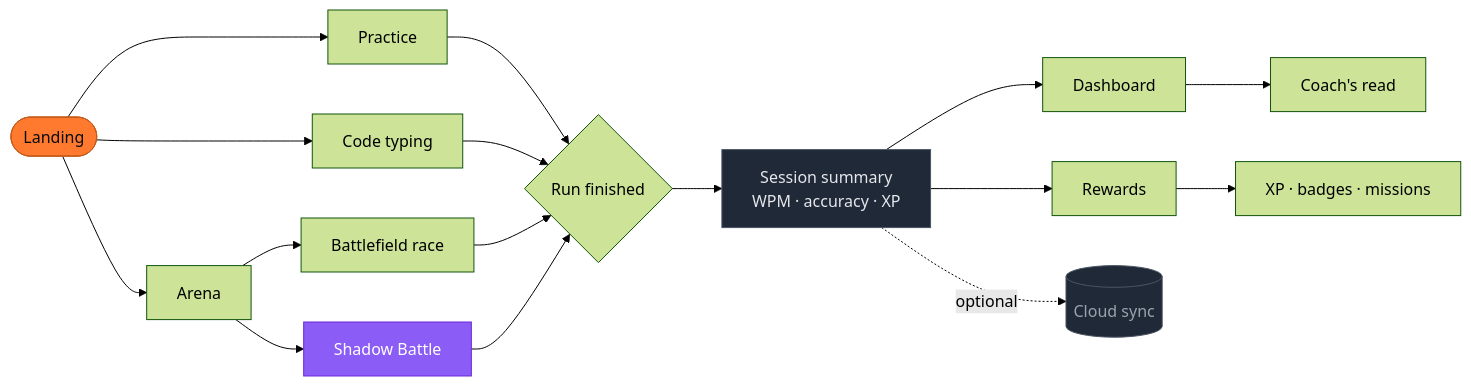
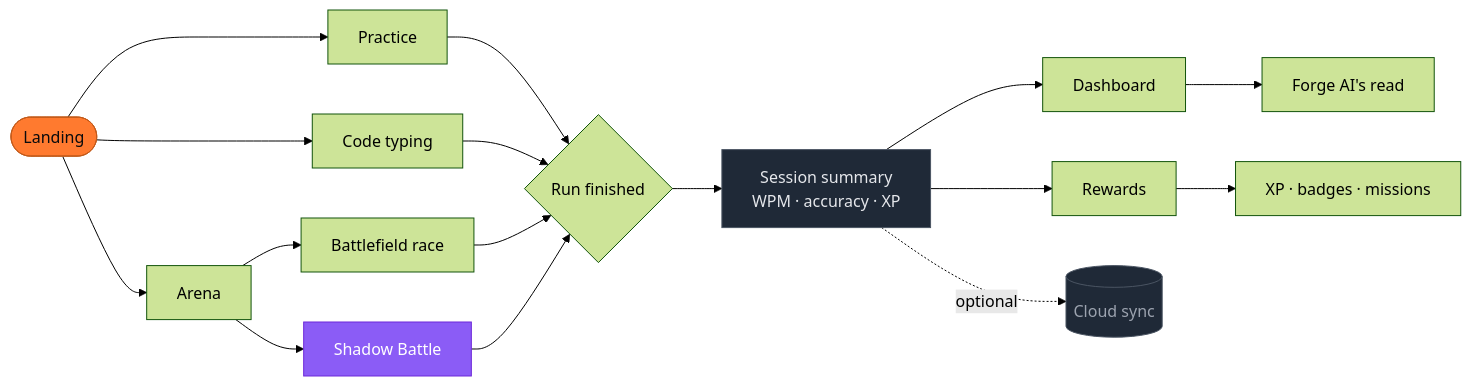
One commit to n4m4n-xd-69/TypeForge changed the first of 2 diagrams in README.md. Above: the diagram before and after it, drawn with Mermaid (forest theme). The commit also changed other lines of this file and 6 other files, not shown here.

````diff
--- a/README.md
+++ b/README.md
@@ -206,25 +206,25 @@
 ```mermaid
 flowchart LR
     A([Landing]) --> B[Practice]
     A --> C[Code typing]
     A --> D[Arena]
 
     B --> E{Run finished}
     C --> E
     D --> F1[Battlefield race]
     D --> F2[Shadow Battle]
     F1 --> E
     F2 --> E
     E --> G[Session summary<br/>WPM · accuracy · XP]
 
     G --> I[Dashboard]
     G --> J[Rewards]
-    I --> K[Coach's read]
+    I --> K[Forge AI's read]
     J --> L[XP · badges · missions]
     G -.optional.-> M[(Cloud sync)]
 
     style A fill:#FF7A2F,stroke:#c25a1a,color:#0A0B0D
     style F2 fill:#8B5CF6,stroke:#6d28d9,color:#ffffff
     style G fill:#1f2937,stroke:#4b5563,color:#e5e7eb
     style M fill:#1f2937,stroke:#4b5563,color:#9ca3af
 ```
````
